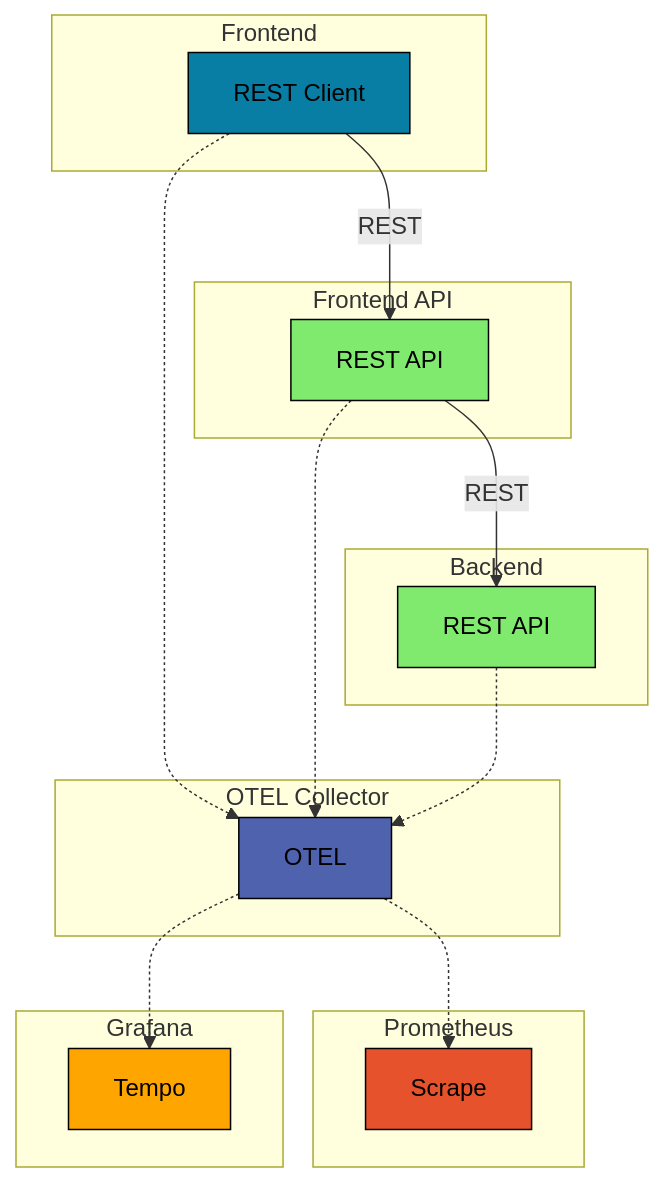
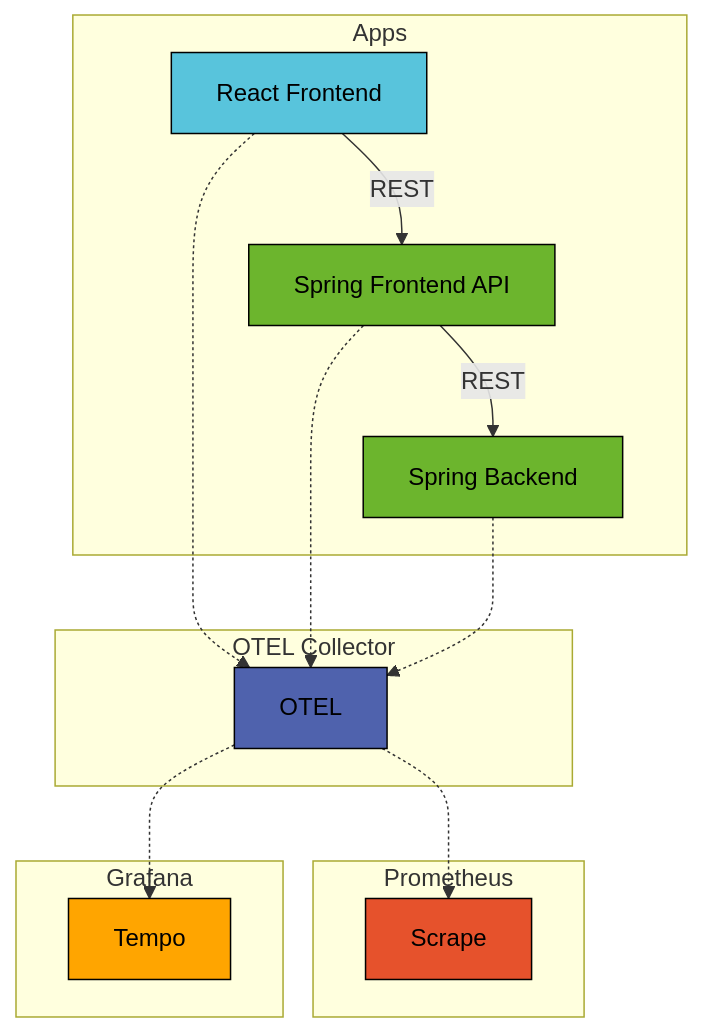
One commit to onlyteo/spring-boot-sandbox changed the diagram in spring-boot-otel-observability/README.md. Above: the diagram before and after it, drawn with Mermaid. The commit also changed 153 other files, not shown here.

````diff
--- a/spring-boot-otel-observability/README.md
+++ b/spring-boot-otel-observability/README.md
@@ -33,35 +33,31 @@
 ```mermaid
 graph TD
-    subgraph Frontend
-        A[REST Client]:::react
-    end
-    subgraph Frontend API
-        B[REST API]:::spring
-    end
-    subgraph Backend
-        C[REST API]:::spring
+    subgraph Apps
+        A[React Frontend]:::react
+        B[Spring Frontend API]:::spring
+        C[Spring Backend]:::spring
     end
     subgraph OTEL Collector
         D[OTEL]:::otel
     end
     subgraph Prometheus
         E[Scrape]:::prometheus
     end
     subgraph Grafana
         F[Tempo]:::grafana
     end
 
     A -- REST --> B
     B -- REST --> C
     A -.-> D
     B -.-> D
     C -.-> D
     D -.-> E
     D -.-> F
 
-    classDef react fill: #087ea4, stroke: #000000, color: #000000
-    classDef spring fill: #80ea6e, stroke: #000000, color: #000000
+    classDef react fill: #58c4dc, stroke: #000000, color: #000000
+    classDef spring fill: #6cb52d, stroke: #000000, color: #000000
     classDef otel fill: #4f62ad, stroke: #000000, color: #000000
     classDef prometheus fill: #e6522c, stroke: #000000, color: #000000
     classDef grafana fill: #ffa500, stroke: #000000, color: #000000
 ```
````
